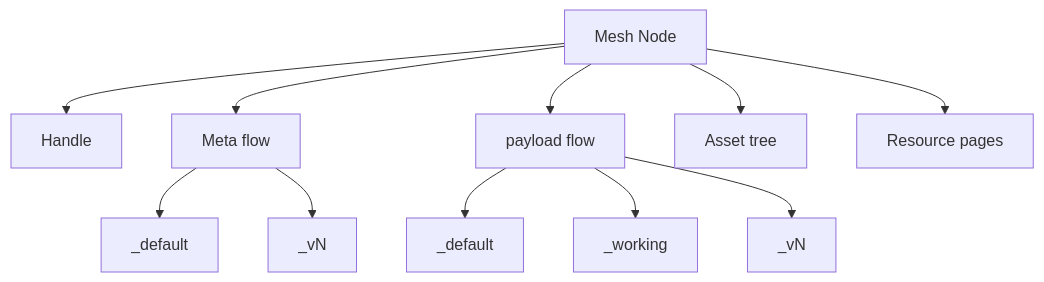
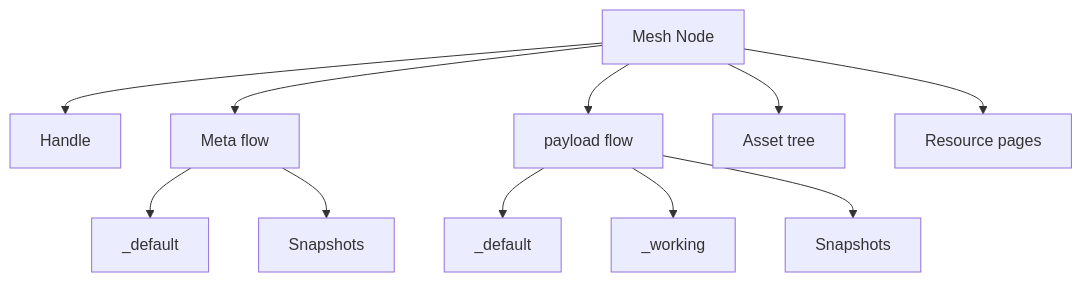
One commit to semantic-flow/sflo changed the diagram in documentation/concept.summary.md. Above: the diagram before and after it, drawn with Mermaid. The commit also changed other lines of this file and 22 other files, not shown here.

````diff
--- a/documentation/concept.summary.md
+++ b/documentation/concept.summary.md
@@ -197,14 +197,14 @@
 ```mermaid
 graph TD
   A[Mesh Node] --> B[Handle]
   A --> C[Meta flow]
   A --> E[payload flow]
   A --> G[Asset tree]
   A --> H[Resource pages]
 
   C --> C1[_default]
-  C --> C2[_vN]
+  C --> C2[Snapshots]
   E --> E1[_default]
   E --> E2[_working]
-  E --> E3[_vN]
+  E --> E3[Snapshots]
 ```
````
